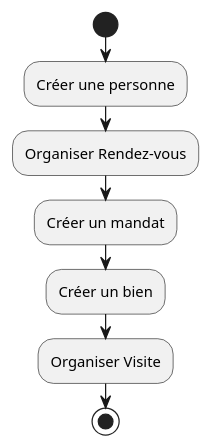
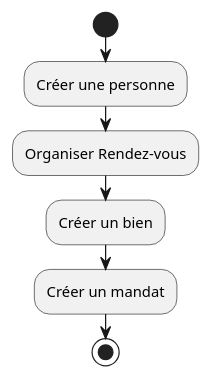
The diagram in DOC/UML/diagActivity.plantuml (DenisGuiraudet/MIASHS_UML_PTUT), drawn with PlantUML before and after one commit. The commit also changed 8 other files, not shown here.

```diff
--- a/DOC/UML/diagActivity.plantuml
+++ b/DOC/UML/diagActivity.plantuml
@@ -2,17 +2,15 @@
 @startuml
 
 start
 
 :Créer une personne;
 
 :Organiser Rendez-vous;
 
-:Créer un mandat;
-
 :Créer un bien;
 
-:Organiser Visite;
+:Créer un mandat;
 
 stop
 
 @enduml
```
